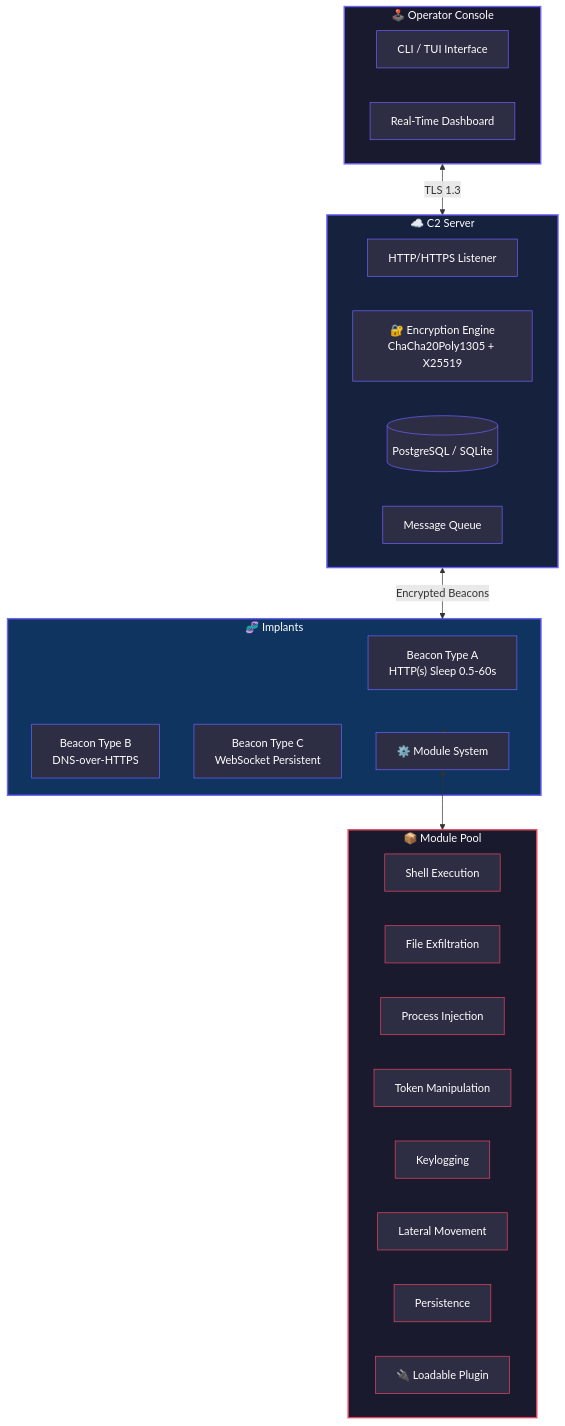
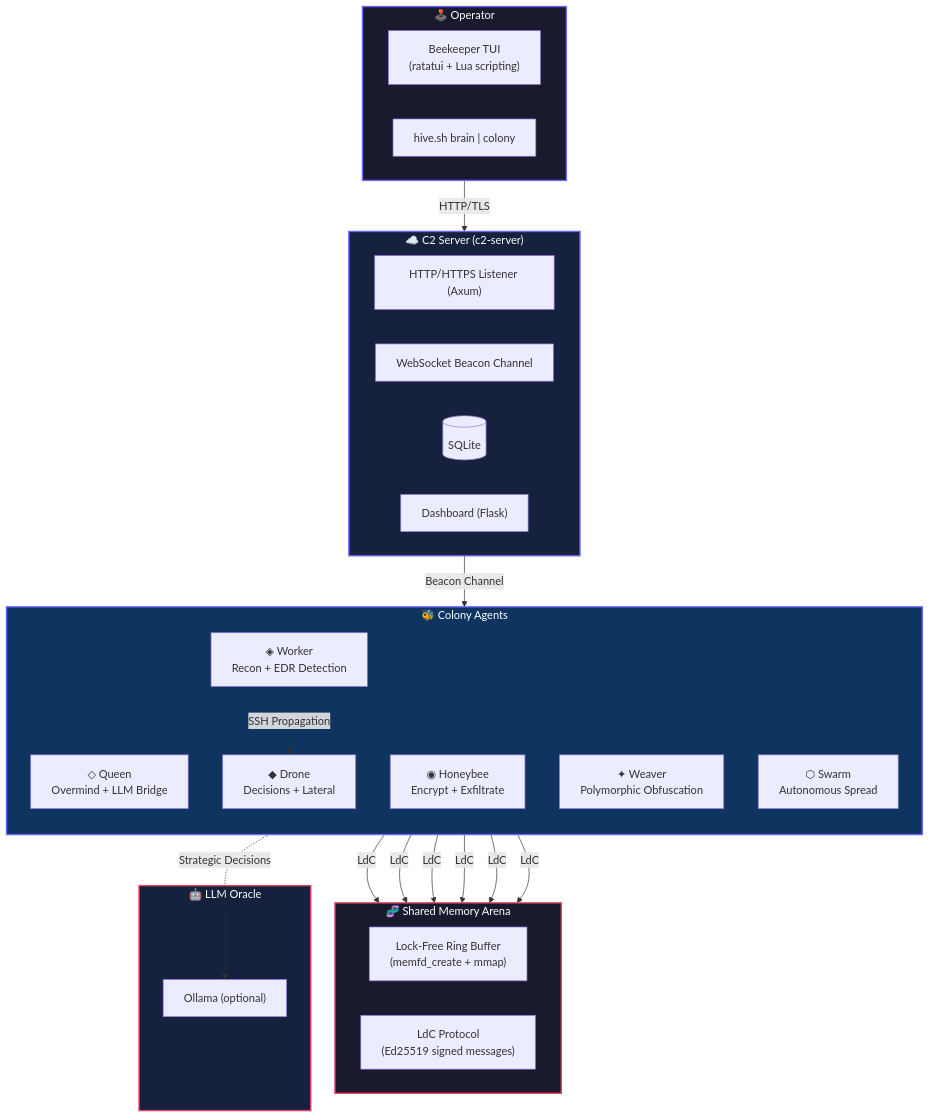
The diagram in README.md (Ruby570bocadito/HiveMind), drawn with Mermaid before and after one commit. The commit also changed other lines of this file, not shown here.

First line of the commit message:
fix: README alineado con arquitectura real Hive Colony v3.0

````diff
--- a/README.md
+++ b/README.md
@@ -35,61 +36,50 @@
 ```mermaid
 flowchart TB
-    subgraph Operator["🕹️ Operator Console"]
-        CLI["CLI / TUI Interface"]
-        DASH["Real-Time Dashboard"]
+    subgraph Operator["🕹️ Operator"]
+        BEEKEEPER["Beekeeper TUI<br/>(ratatui + Lua scripting)"]
+        CLI["hive.sh brain | colony"]
     end
 
-    subgraph C2["☁️ C2 Server"]
-        SRV["HTTP/HTTPS Listener"]
-        CRYPTO["🔐 Encryption Engine<br/>ChaCha20Poly1305 + X25519"]
-        DB[(PostgreSQL / SQLite)]
-        QUEUE["Message Queue"]
+    subgraph C2["☁️ C2 Server (c2-server)"]
+        HTTP["HTTP/HTTPS Listener (Axum)"]
+        WS["WebSocket Beacon Channel"]
+        DB[(SQLite)]
+        DASH["Dashboard (Flask)"]
     end
 
-    subgraph Implants["🧬 Implants"]
-        B0["Beacon Type A<br/>HTTP(s) Sleep 0.5-60s"]
-        B1["Beacon Type B<br/>DNS-over-HTTPS"]
-        B2["Beacon Type C<br/>WebSocket Persistent"]
-        MODS["⚙️ Module System"]
+    subgraph Colony["🐝 Colony Agents"]
+        direction TB
+        QUEEN["◇ Queen<br/>Overmind + LLM Bridge"]
+        WORKER["◈ Worker<br/>Recon + EDR Detection"]
+        DRONE["◆ Drone<br/>Decisions + Lateral"]
+        HONEYBEE["◉ Honeybee<br/>Encrypt + Exfiltrate"]
+        WEAVER["✦ Weaver<br/>Polymorphic Obfuscation"]
+        SWARM["⬡ Swarm<br/>Autonomous Spread"]
     end
 
-    subgraph Modules["📦 Module Pool"]
-        M1["Shell Execution"]
-        M2["File Exfiltration"]
-        M3["Process Injection"]
-        M4["Token Manipulation"]
-        M5["Keylogging"]
-        M6["Lateral Movement"]
-        M7["Persistence"]
-        M8["🔌 Loadable Plugin"]
+    subgraph Arena["🧬 Shared Memory Arena"]
+        IPC["Lock-Free Ring Buffer<br/>(memfd_create + mmap)"]
+        LDC["LdC Protocol<br/>(Ed25519 signed messages)"]
     end
 
-    Operator <-->|"TLS 1.3"| C2
-    C2 <-->|"Encrypted Beacons"| Implants
-    MODS <--> Modules
-    Implants --> MODS
+    subgraph LLM["🤖 LLM Oracle"]
+        OLLAMA["Ollama (optional)"]
+    end
+
+    Operator -->|"HTTP/TLS"| C2
+    C2 -->|"Beacon Channel"| QUEEN
+    QUEEN -->|"LdC"| Arena
+    WORKER -->|"LdC"| Arena
+    DRONE -->|"LdC"| Arena
+    HONEYBEE -->|"LdC"| Arena
+    WEAVER -->|"LdC"| Arena
+    SWARM -->|"LdC"| Arena
+    QUEEN -.->|"Strategic Decisions"| OLLAMA
+    WORKER -.->|"SSH Propagation"| DRONE
 
     style Operator fill:#1a1a2e,stroke:#6C63FF,stroke-width:2px,color:#fff
     style C2 fill:#16213e,stroke:#6C63FF,stroke-width:2px,color:#fff
-    style Implants fill:#0f3460,stroke:#6C63FF,stroke-width:2px,color:#fff
-    style Modules fill:#1a1a2e,stroke:#e94560,stroke-width:2px,color:#fff
-
-    style CLI fill:#2d2d44,stroke:#6C63FF,color:#fff
-    style DASH fill:#2d2d44,stroke:#6C63FF,color:#fff
-    style SRV fill:#2d2d44,stroke:#6C63FF,color:#fff
-    style CRYPTO fill:#2d2d44,stroke:#6C63FF,color:#fff
-    style DB fill:#2d2d44,stroke:#6C63FF,color:#fff
-    style QUEUE fill:#2d2d44,stroke:#6C63FF,color:#fff
-    style B0 fill:#2d2d44,stroke:#6C63FF,color:#fff
-    style B1 fill:#2d2d44,stroke:#6C63FF,color:#fff
-    style B2 fill:#2d2d44,stroke:#6C63FF,color:#fff
-    style MODS fill:#2d2d44,stroke:#6C63FF,color:#fff
-    style M1 fill:#2d2d44,stroke:#e94560,color:#fff
-    style M2 fill:#2d2d44,stroke:#e94560,color:#fff
-    style M3 fill:#2d2d44,stroke:#e94560,color:#fff
-    style M4 fill:#2d2d44,stroke:#e94560,color:#fff
-    style M5 fill:#2d2d44,stroke:#e94560,color:#fff
-    style M6 fill:#2d2d44,stroke:#e94560,color:#fff
-    style M7 fill:#2d2d44,stroke:#e94560,color:#fff
-    style M8 fill:#2d2d44,stroke:#e94560,color:#fff
+    style Colony fill:#0f3460,stroke:#6C63FF,stroke-width:2px,color:#fff
+    style Arena fill:#1a1a2e,stroke:#e94560,stroke-width:2px,color:#fff
+    style LLM fill:#16213e,stroke:#e94560,stroke-width:2px,color:#fff
 ```
````
